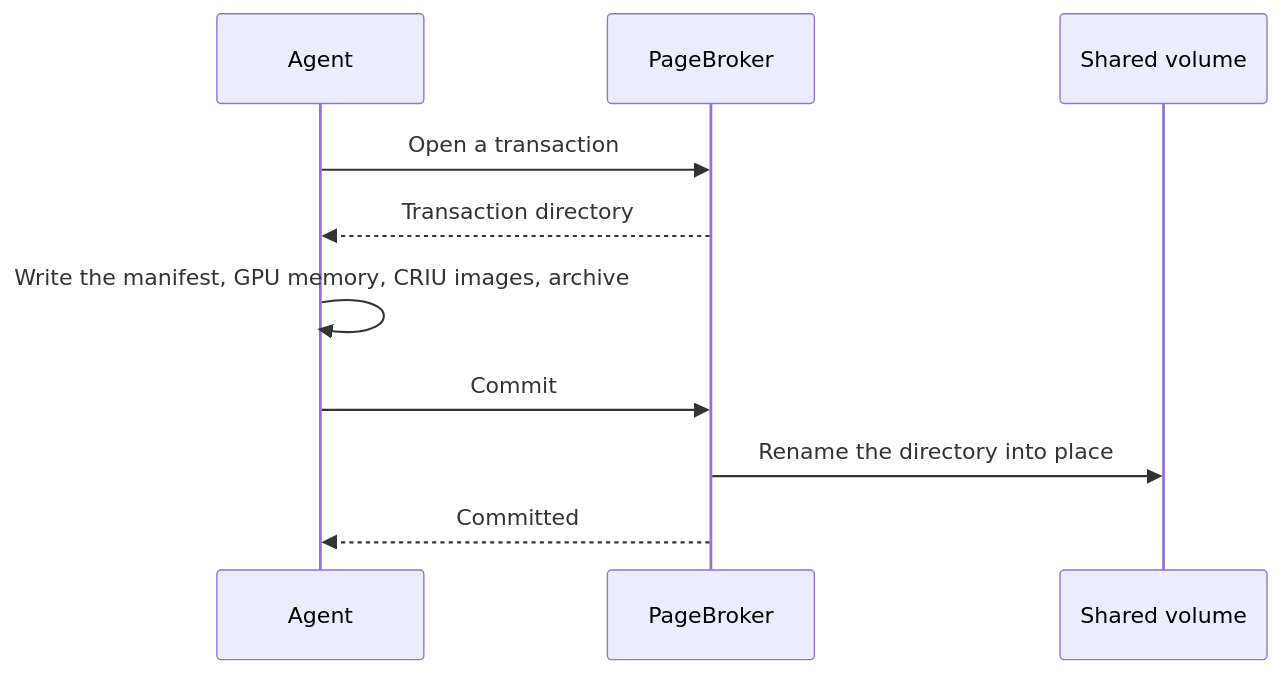
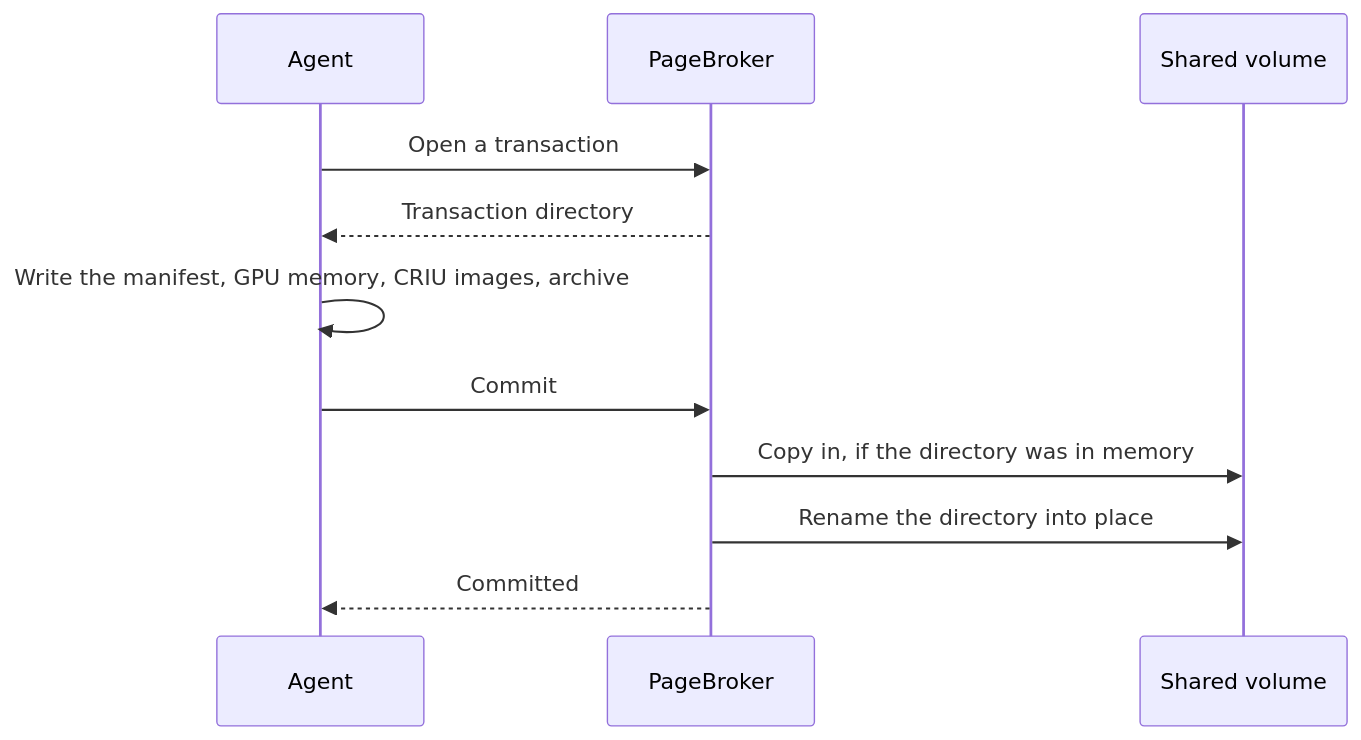
The diagram in docs/reference/architecture/storage.md (ai-dynamo/snapshot), drawn with Mermaid before and after one commit. The commit also changed other lines of this file and 5 other files, not shown here.

First line of the commit message:
docs(architecture): write procedures as lists and sequence diagrams

````diff
--- a/docs/reference/architecture/storage.md
+++ b/docs/reference/architecture/storage.md
@@ -86,12 +89,13 @@
 ```mermaid
 sequenceDiagram
     participant A as Agent
     participant P as PageBroker
     participant V as Shared volume
     A->>P: Open a transaction
     P-->>A: Transaction directory
     A->>A: Write the manifest, GPU memory, CRIU images, archive
     A->>P: Commit
+    P->>V: Copy in, if the directory was in memory
     P->>V: Rename the directory into place
     P-->>A: Committed
 ```
````
